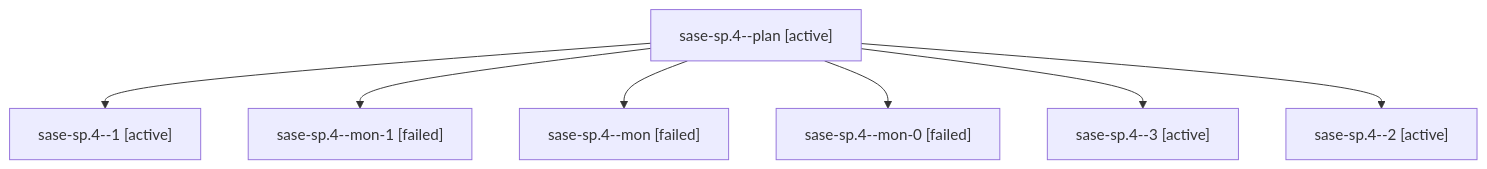
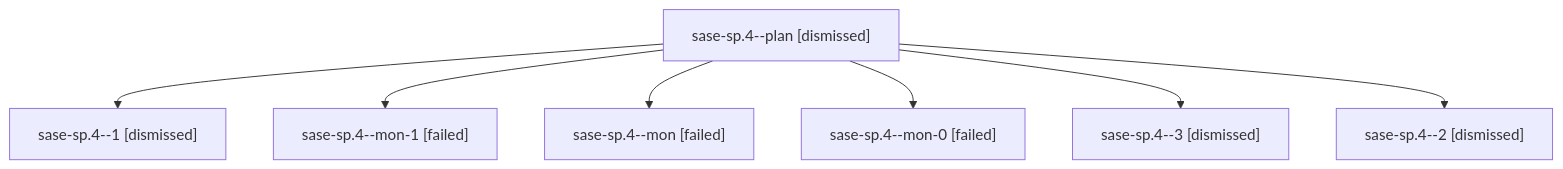
The diagram in sessions/bbugyi200.athena.sase-sp.4.md (sase-org/sase--agents), drawn with Mermaid before and after one commit. The commit also changed other lines of this file and 189 other files, not shown here.

````diff
--- a/sessions/bbugyi200.athena.sase-sp.4.md
+++ b/sessions/bbugyi200.athena.sase-sp.4.md
@@ -9,16 +9,16 @@
 ```mermaid
 flowchart TD
-  n0["sase-sp.4--plan [active]"]
-  n1["sase-sp.4--1 [active]"]
+  n0["sase-sp.4--plan [dismissed]"]
+  n1["sase-sp.4--1 [dismissed]"]
   n0 --> n1
   n2["sase-sp.4--mon-1 [failed]"]
   n0 --> n2
   n3["sase-sp.4--mon [failed]"]
   n0 --> n3
   n4["sase-sp.4--mon-0 [failed]"]
   n0 --> n4
-  n5["sase-sp.4--3 [active]"]
+  n5["sase-sp.4--3 [dismissed]"]
   n0 --> n5
-  n6["sase-sp.4--2 [active]"]
+  n6["sase-sp.4--2 [dismissed]"]
   n0 --> n6
 ```
````
